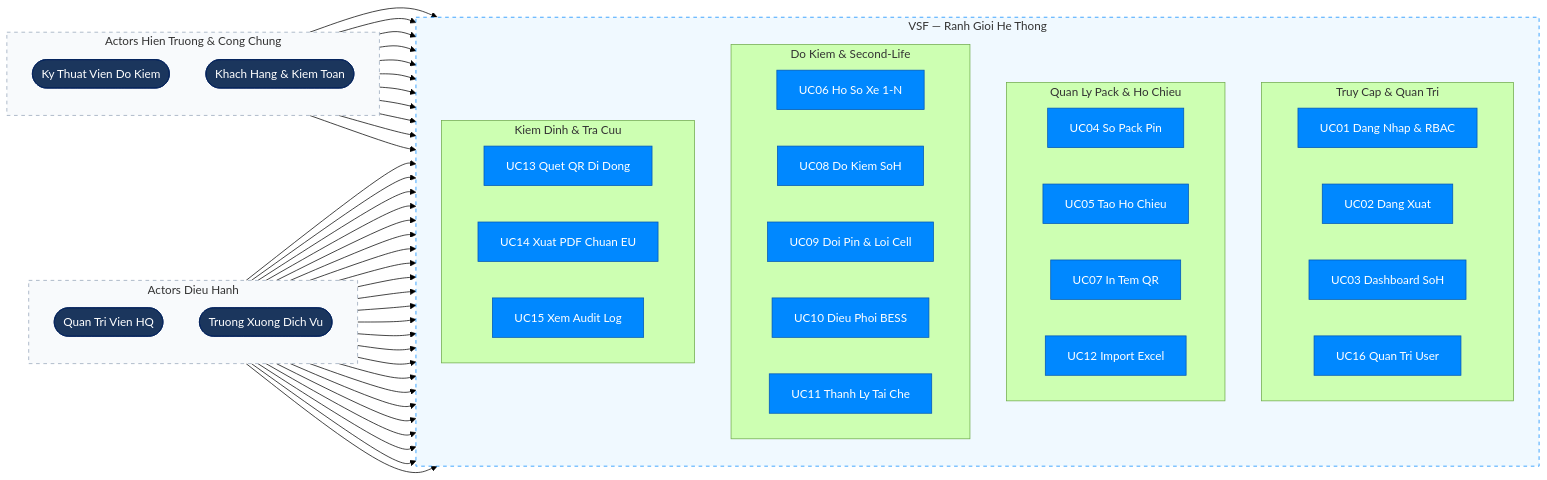
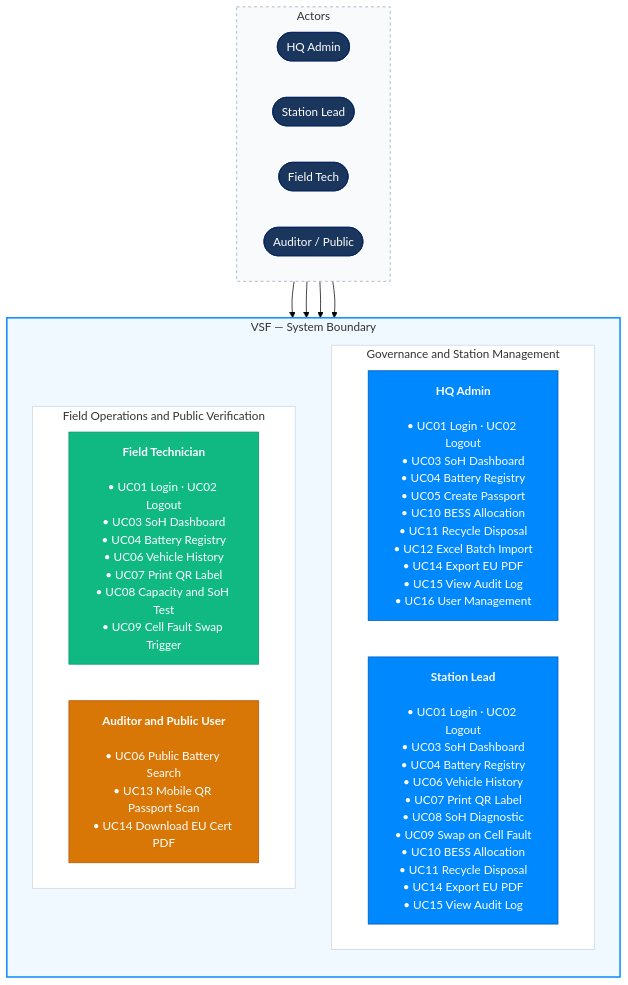
Before and after one commit to nhatgudboi/VinFast-Battery-Passport-Second-Life-Platform: the first of 6 diagrams in README.md, drawn with Mermaid (forest theme). The commit also changed 1 other file, not shown here.

Commit message:
fix(diagram): use concise English labels to ensure full visibility without clipping

````diff
--- a/README.md
+++ b/README.md
@@ -59,59 +59,42 @@
 ```mermaid
-flowchart LR
-    subgraph left["Actors Dieu Hanh"]
-        direction TB
-        admin(["Quan Tri Vien HQ"])
-        lead(["Truong Xuong Dich Vu"])
+flowchart TB
+    subgraph roles["Actors"]
+        direction LR
+        admin(["HQ Admin"])
+        lead(["Station Lead"])
+        tech(["Field Tech"])
+        viewer(["Auditor / Public"])
     end
 
-    subgraph system["VSF — Ranh Gioi He Thong"]
+    subgraph system["VSF — System Boundary"]
         direction TB
-        subgraph sec1["Truy Cap & Quan Tri"]
+        subgraph row1["Governance and Station Management"]
             direction LR
-            uc01["UC01 Dang Nhap & RBAC"]
-            uc02["UC02 Dang Xuat"]
-            uc03["UC03 Dashboard SoH"]
-            uc16["UC16 Quan Tri User"]
+            adminBox["<b>HQ Admin</b><br/><br/>• UC01 Login · UC02 Logout<br/>• UC03 SoH Dashboard<br/>• UC04 Battery Registry<br/>• UC05 Create Passport<br/>• UC10 BESS Allocation<br/>• UC11 Recycle Disposal<br/>• UC12 Excel Batch Import<br/>• UC14 Export EU PDF<br/>• UC15 View Audit Log<br/>• UC16 User Management"]
+            leadBox["<b>Station Lead</b><br/><br/>• UC01 Login · UC02 Logout<br/>• UC03 SoH Dashboard<br/>• UC04 Battery Registry<br/>• UC06 Vehicle History<br/>• UC07 Print QR Label<br/>• UC08 SoH Diagnostic<br/>• UC09 Swap on Cell Fault<br/>• UC10 BESS Allocation<br/>• UC11 Recycle Disposal<br/>• UC14 Export EU PDF<br/>• UC15 View Audit Log"]
         end
-        subgraph sec2["Quan Ly Pack & Ho Chieu"]
+        subgraph row2["Field Operations and Public Verification"]
             direction LR
-            uc04["UC04 So Pack Pin"]
-            uc05["UC05 Tao Ho Chieu"]
-            uc07["UC07 In Tem QR"]
-            uc12["UC12 Import Excel"]
-        end
-        subgraph sec3["Do Kiem & Second-Life"]
-            direction LR
-            uc06["UC06 Ho So Xe 1-N"]
-            uc08["UC08 Do Kiem SoH"]
-            uc09["UC09 Doi Pin & Loi Cell"]
-            uc10["UC10 Dieu Phoi BESS"]
-            uc11["UC11 Thanh Ly Tai Che"]
-        end
-        subgraph sec4["Kiem Dinh & Tra Cuu"]
-            direction LR
-            uc13["UC13 Quet QR Di Dong"]
-            uc14["UC14 Xuat PDF Chuan EU"]
-            uc15["UC15 Xem Audit Log"]
+            techBox["<b>Field Technician</b><br/><br/>• UC01 Login · UC02 Logout<br/>• UC03 SoH Dashboard<br/>• UC04 Battery Registry<br/>• UC06 Vehicle History<br/>• UC07 Print QR Label<br/>• UC08 Capacity and SoH Test<br/>• UC09 Cell Fault Swap Trigger"]
+            viewerBox["<b>Auditor and Public User</b><br/><br/>• UC06 Public Battery Search<br/>• UC13 Mobile QR Passport Scan<br/>• UC14 Download EU Cert PDF"]
         end
     end
 
-    subgraph right["Actors Hien Truong & Cong Chung"]
-        direction TB
-        tech(["Ky Thuat Vien Do Kiem"])
-        viewer(["Khach Hang & Kiem Toan"])
-    end
-
-    admin --> uc01 & uc02 & uc03 & uc04 & uc05 & uc10 & uc11 & uc12 & uc14 & uc15 & uc16
-    lead --> uc01 & uc02 & uc03 & uc04 & uc06 & uc07 & uc08 & uc09 & uc10 & uc11 & uc14 & uc15
-    tech --> uc01 & uc02 & uc03 & uc04 & uc06 & uc07 & uc08 & uc09
-    viewer --> uc06 & uc13 & uc14
+    admin --> adminBox
+    lead --> leadBox
+    tech --> techBox
+    viewer --> viewerBox
 
     classDef actor fill:#1b365d,color:#fff,stroke:#00205b
-    classDef usecase fill:#0088ff,color:#fff,stroke:#0055b3
+    classDef primary fill:#0088ff,color:#fff,stroke:#0055b3
+    classDef standard fill:#10b981,color:#fff,stroke:#059669
+    classDef publicStyle fill:#d97706,color:#fff,stroke:#b45309
     class admin,lead,tech,viewer actor
-    class uc01,uc02,uc03,uc04,uc05,uc06,uc07,uc08,uc09,uc10,uc11,uc12,uc13,uc14,uc15,uc16 usecase
-    style left fill:#f8fafc,stroke:#94a3b8,stroke-dasharray:5 5
-    style right fill:#f8fafc,stroke:#94a3b8,stroke-dasharray:5 5
-    style system fill:#f0f9ff,stroke:#0088ff,stroke-dasharray:5 5
+    class adminBox,leadBox primary
+    class techBox standard
+    class viewerBox publicStyle
+    style roles fill:#f8fafc,stroke:#94a3b8,stroke-dasharray: 4 4
+    style system fill:#f0f9ff,stroke:#0088ff,stroke-width:2px
+    style row1 fill:#ffffff,stroke:#cbd5e1,stroke-width:1px
+    style row2 fill:#ffffff,stroke:#cbd5e1,stroke-width:1px
 ```
````
